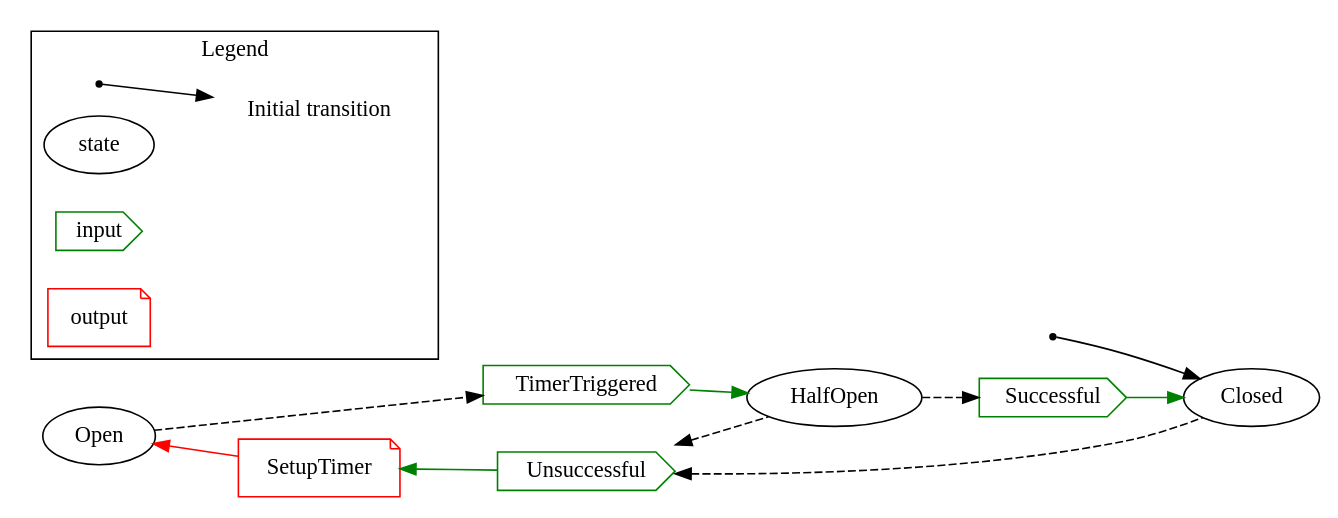
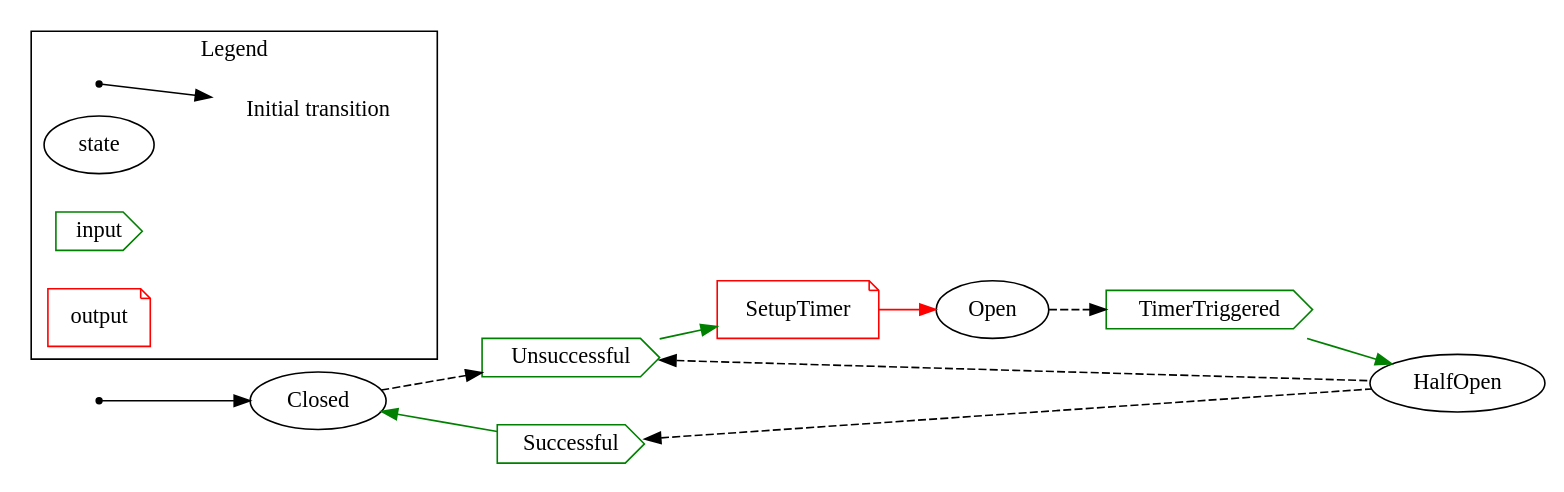
One commit to xkr47/rust-fsm-graph changed the diagram in CircuitBreaker.dot. Above: the diagram before and after it, drawn with Graphviz. The commit also changed 2 other files, not shown here.

```diff
--- a/CircuitBreaker.dot
+++ b/CircuitBreaker.dot
@@ -1,29 +1,31 @@
 digraph "graph" {
   rankdir="LR";
   newrank=true;
   SM_init [label="", shape=point];
   SM_init -> "Closed";
 
   subgraph "cluster_legend" {
     label="Legend";
     __init [ shape=point ];
     __init -> __init2;
     __init2 [ shape=none label="Initial transition" ];
     __state [ label="state" ];
     __input [ label="input" color="#008000" shape=cds ];
     __output [ label="output" color=red shape=note ];
   }
 
-  "SetupTimer_Open_Unsuccessful_iv" -> "Closed" [ arrowhead=none arrowtail=normal style=dashed dir=both ];
-  "Open" -> "Open_HalfOpen_iv" [ style=dashed rankdir=TB ];
+  "Closed" -> "SetupTimer_Open_Unsuccessful_iv" [ style=dashed ];
+  "SetupTimer_Open_Unsuccessful_iv" [label="Unsuccessful" color="#008000" shape=cds ];
+  "SetupTimer_Open_Unsuccessful_iv" -> "SetupTimer_Open" [ color="#008000" ];
+  "SetupTimer_Open" [label="SetupTimer" color=red shape=note ];
+  "SetupTimer_Open" -> "Open" [ color=red ];
+  "Open" -> "Open_HalfOpen_iv" [ style=dashed ];
   "Open_HalfOpen_iv" [label="TimerTriggered" color="#008000" shape=cds ];
   "Open_HalfOpen_iv" -> "HalfOpen" [ color="#008000" ];
-  "SetupTimer_Open_Unsuccessful_iv" -> "HalfOpen" [ arrowhead=none arrowtail=normal style=dashed dir=both ];
+  "HalfOpen_Closed_iv" -> "HalfOpen" [ arrowhead=none arrowtail=normal dir=both style=dashed ];
+  "HalfOpen_Closed_iv" [label="Successful" color="#008000" shape=cds ];
+  "Closed" -> "HalfOpen_Closed_iv" [ arrowhead=none arrowtail=normal dir=both color="#008000" ];
+  "SetupTimer_Open_Unsuccessful_iv" -> "HalfOpen" [ arrowhead=none arrowtail=normal dir=both style=dashed ];
   "SetupTimer_Open_Unsuccessful_iv" [label="Unsuccessful" color="#008000" shape=cds ];
-  "SetupTimer_Open" -> "SetupTimer_Open_Unsuccessful_iv" [ color="#008000" arrowhead=none arrowtail=normal dir=both ];
   "SetupTimer_Open" [label="SetupTimer" color=red shape=note ];
-  "Open" -> "SetupTimer_Open" [ color=red arrowhead=none arrowtail=normal dir=both ];
-  "HalfOpen" -> "HalfOpen_Closed_iv" [ style=dashed rankdir=TB ];
-  "HalfOpen_Closed_iv" [label="Successful" color="#008000" shape=cds ];
-  "HalfOpen_Closed_iv" -> "Closed" [ color="#008000" ];
 }
```
